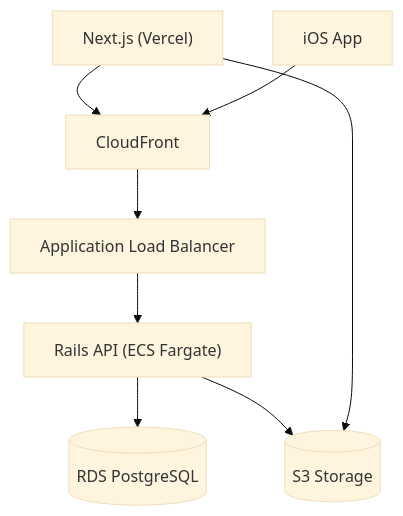
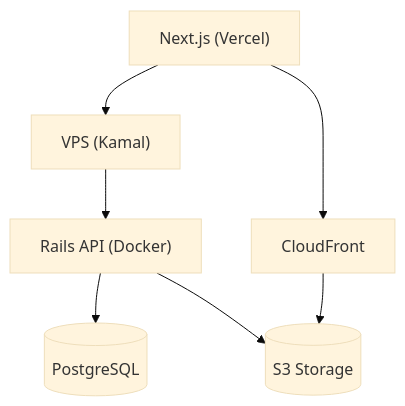
Before and after one commit to nyshk97/shuriken-note: the diagram in README.md, drawn with Mermaid (base theme). The commit also changed other lines of this file and 4 other files, not shown here.

````diff
--- a/README.md
+++ b/README.md
@@ -33,16 +27,13 @@
 ```mermaid
 flowchart TD
   Web["Next.js (Vercel)"]
-  IOS["iOS App"]
+  VPS["VPS (Kamal)"]
+  API["Rails API (Docker)"]
+  DB[("PostgreSQL")]
   CF["CloudFront"]
-  ALB["Application Load Balancer"]
-  API["Rails API (ECS Fargate)"]
-  DB[("RDS PostgreSQL")]
   S3[("S3 Storage")]
 
-  Web --> CF --> ALB --> API --> DB
-  IOS --> CF
+  Web --> VPS --> API --> DB
   API --> S3
-  Web --> S3
-
+  Web --> CF --> S3
 ```
````
